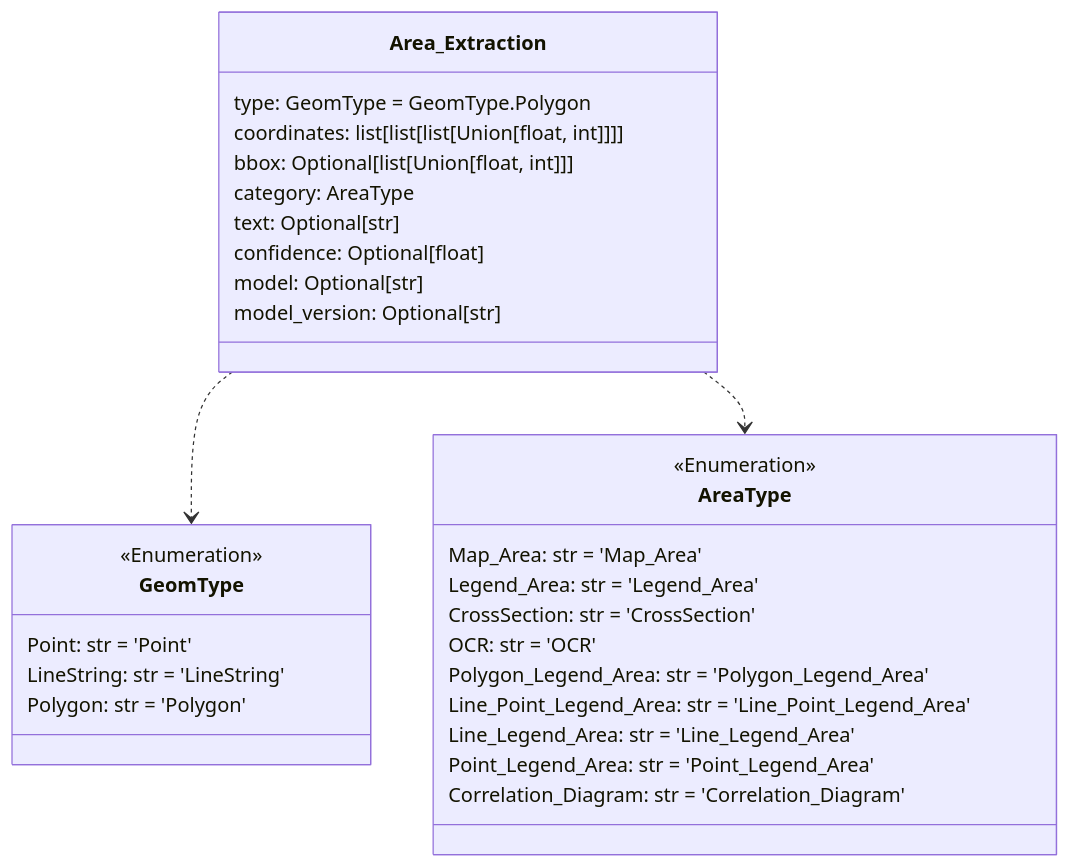
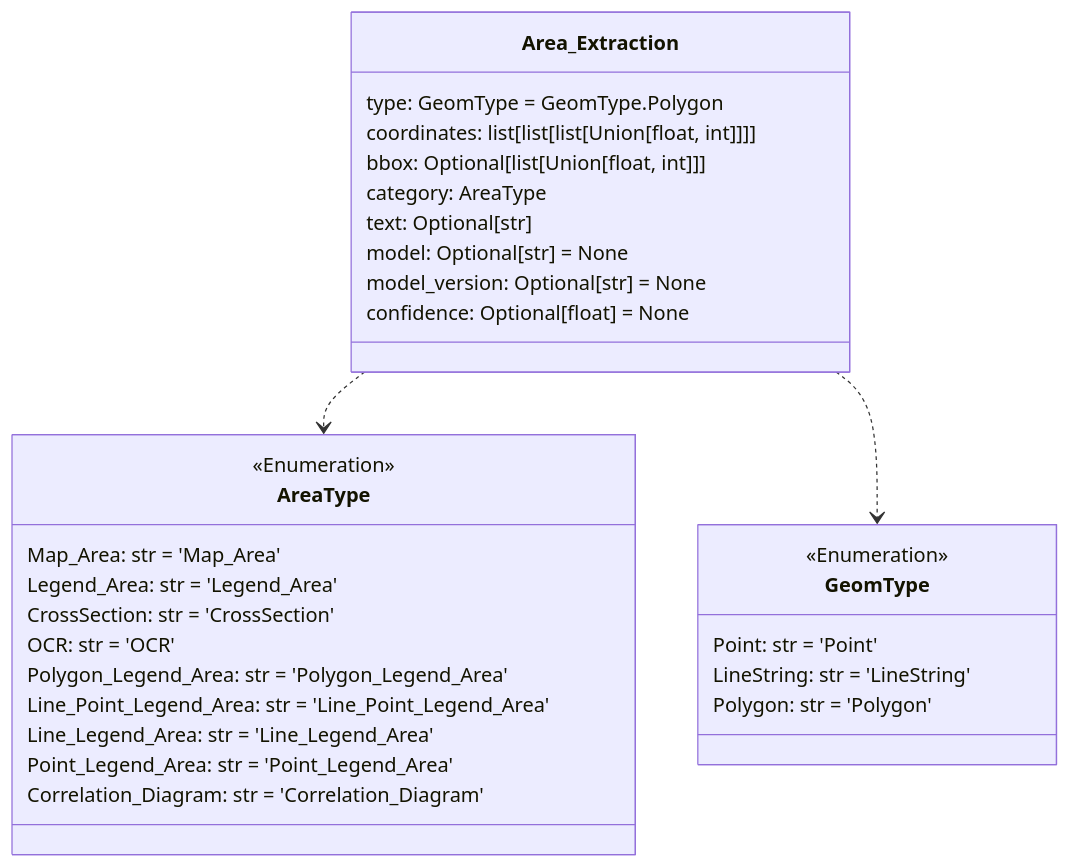
Before and after one commit to DARPA-CRITICALMAAS/cdr_schemas: the first of 12 diagrams in README.md, drawn with Mermaid. The commit also changed other lines of this file and 5 other files, not shown here.

Commit message:
Added model provence and formatted line and point features

````diff
--- a/README.md
+++ b/README.md
@@ -66,39 +66,39 @@
 ```mermaid
 classDiagram
-
-    class GeomType {
-        <<Enumeration>>
-        Point: str = 'Point'
-        LineString: str = 'LineString'
-        Polygon: str = 'Polygon'
-    }
 
     class AreaType {
         <<Enumeration>>
         Map_Area: str = 'Map_Area'
         Legend_Area: str = 'Legend_Area'
         CrossSection: str = 'CrossSection'
         OCR: str = 'OCR'
         Polygon_Legend_Area: str = 'Polygon_Legend_Area'
         Line_Point_Legend_Area: str = 'Line_Point_Legend_Area'
         Line_Legend_Area: str = 'Line_Legend_Area'
         Point_Legend_Area: str = 'Point_Legend_Area'
         Correlation_Diagram: str = 'Correlation_Diagram'
     }
 
+    class GeomType {
+        <<Enumeration>>
+        Point: str = 'Point'
+        LineString: str = 'LineString'
+        Polygon: str = 'Polygon'
+    }
+
     class Area_Extraction {
         type: GeomType = GeomType.Polygon
         coordinates: list[list[list[Union[float, int]]]]
         bbox: Optional[list[Union[float, int]]]
         category: AreaType
         text: Optional[str]
-        confidence: Optional[float]
-        model: Optional[str]
-        model_version: Optional[str]
+        model: Optional[str] = None
+        model_version: Optional[str] = None
+        confidence: Optional[float] = None
     }
 
+    Area_Extraction ..> AreaType
     Area_Extraction ..> GeomType
-    Area_Extraction ..> AreaType
 
 
 ```
````
